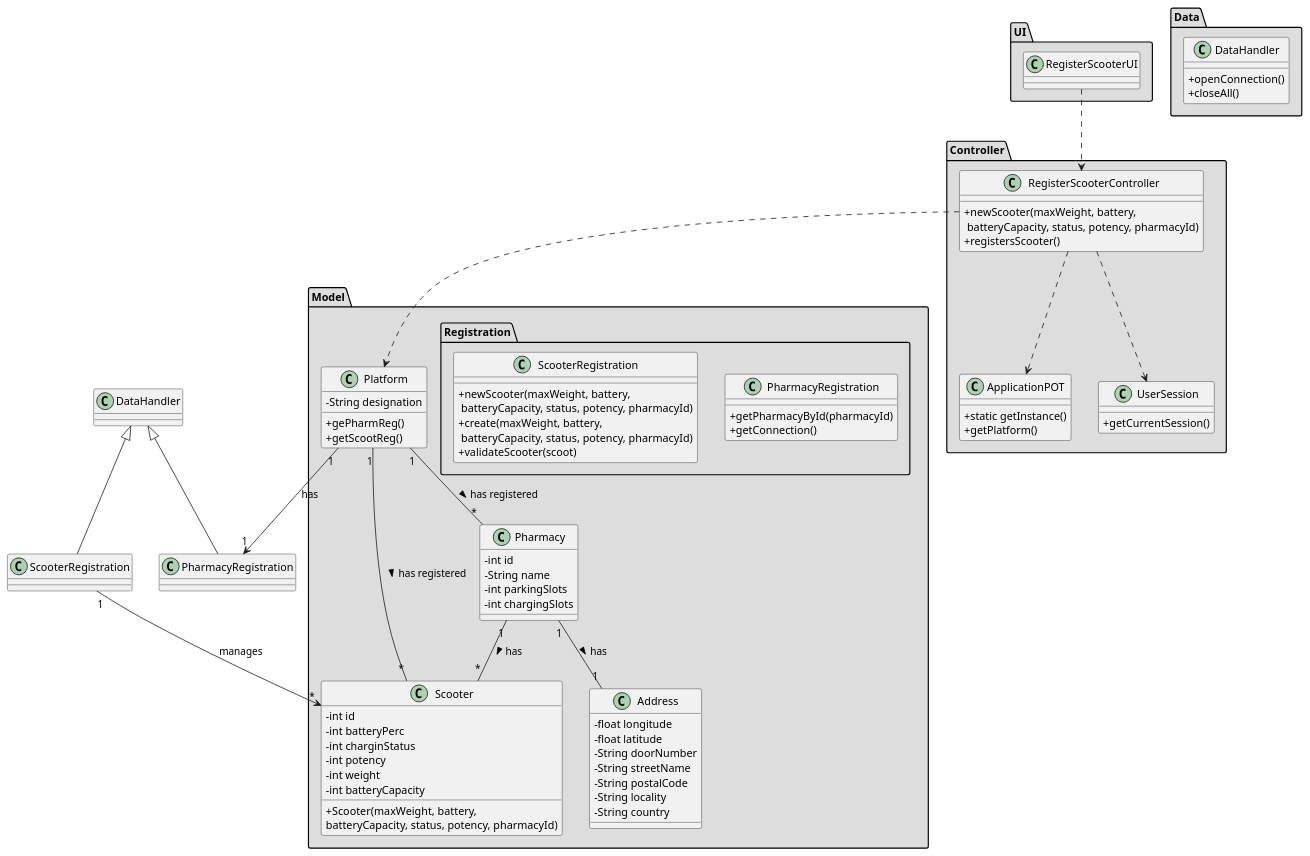
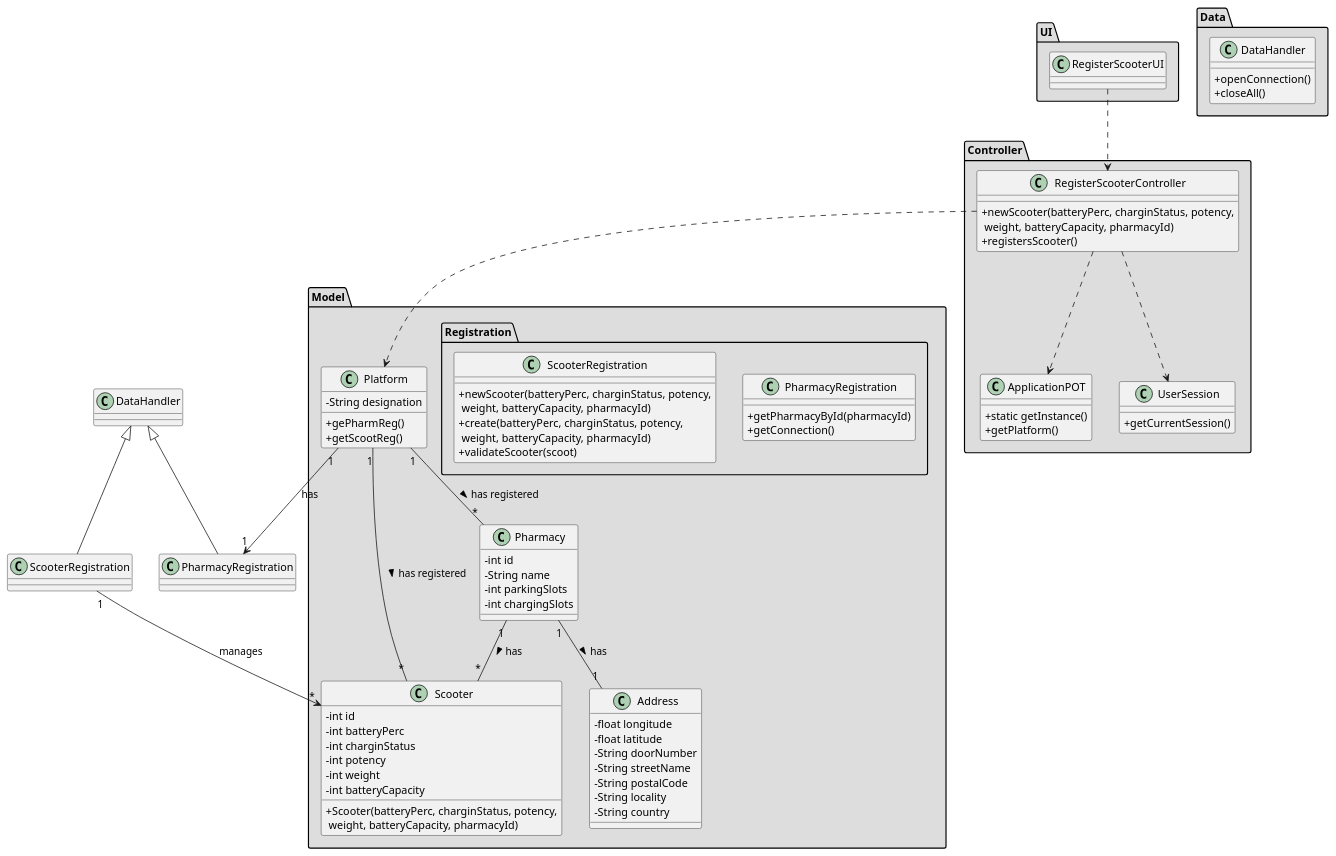
One commit to tiagoavcosta25/LAPR3 changed the diagram in docs/Iteration 1/Scooter Management/US21_RegisterScooter/US21_CD.puml. Above: the diagram before and after it, drawn with PlantUML. The commit also changed 1 other file, not shown here.

Commit message:
LAPR2AP2-21 #fixing Register Scooter - File Restoration [Design]

```diff
--- a/docs/Iteration 1/Scooter Management/US21_RegisterScooter/US21_CD.puml
+++ b/docs/Iteration 1/Scooter Management/US21_RegisterScooter/US21_CD.puml
@@ -1,104 +1,104 @@
 @startuml
 skinparam classAttributeIconSize 0
 
 package "UI" #DDDDDD {
 class RegisterScooterUI{
 
 }
 }
 
 
 package "Controller" #DDDDDD {
 class RegisterScooterController{
-+newScooter(maxWeight, battery,\n batteryCapacity, status, potency, pharmacyId)
++newScooter(batteryPerc, charginStatus, potency,\n weight, batteryCapacity, pharmacyId)
 +registersScooter()
 }
 
 class ApplicationPOT
 {
   +static getInstance()
   +getPlatform()
 }
 
 class UserSession
 {
   +getCurrentSession()
 }
 }
 
 
 package "Model" #DDDDDD {
 class Platform {
   -String designation
   +gePharmReg()
   +getScootReg()
 }
 package "Registration" #DDDDDD {
  class PharmacyRegistration{
      +getPharmacyById(pharmacyId)
      +getConnection()
  }
 
  class ScooterRegistration{
-      +newScooter(maxWeight, battery,\n batteryCapacity, status, potency, pharmacyId)
-      +create(maxWeight, battery,\n batteryCapacity, status, potency, pharmacyId)
+      +newScooter(batteryPerc, charginStatus, potency,\n weight, batteryCapacity, pharmacyId)
+      +create(batteryPerc, charginStatus, potency,\n weight, batteryCapacity, pharmacyId)
       +validateScooter(scoot)
   }
  }
 }
 
 package "Model" #DDDDDD {
 class Scooter{
   -int id
   -int batteryPerc
   -int charginStatus
   -int potency
   -int weight
   -int batteryCapacity
-  +Scooter(maxWeight, battery,\nbatteryCapacity, status, potency, pharmacyId)
+  +Scooter(batteryPerc, charginStatus, potency,\n weight, batteryCapacity, pharmacyId)
 }
 
 class Address{
   -float longitude
   -float latitude
   -String doorNumber
   -String streetName
   -String postalCode
   -String locality
   -String country
 }
 
 class Pharmacy {
   -int id
   -String name
   -int parkingSlots
   -int chargingSlots
 }
 
 }
 
 
 package "Data" #DDDDDD {
 class DataHandler{
     +openConnection()
     +closeAll()
 }
 }
 
 class PharmacyRegistration extends DataHandler
 class ScooterRegistration extends DataHandler
 
 RegisterScooterUI ..> RegisterScooterController
 RegisterScooterController ..> Platform
 RegisterScooterController ..> ApplicationPOT
 RegisterScooterController ..> UserSession
 Platform "1" --> "1" PharmacyRegistration : has
 ScooterRegistration "1" --> "*" Scooter : manages
 
 Platform "1" -- "*" Pharmacy : has registered >
 Platform "1" -- "*" Scooter : has registered >
 
 Pharmacy "1" -- "*" Scooter : has >
 Pharmacy "1" -- "1" Address : has >
 
 @enduml
```
